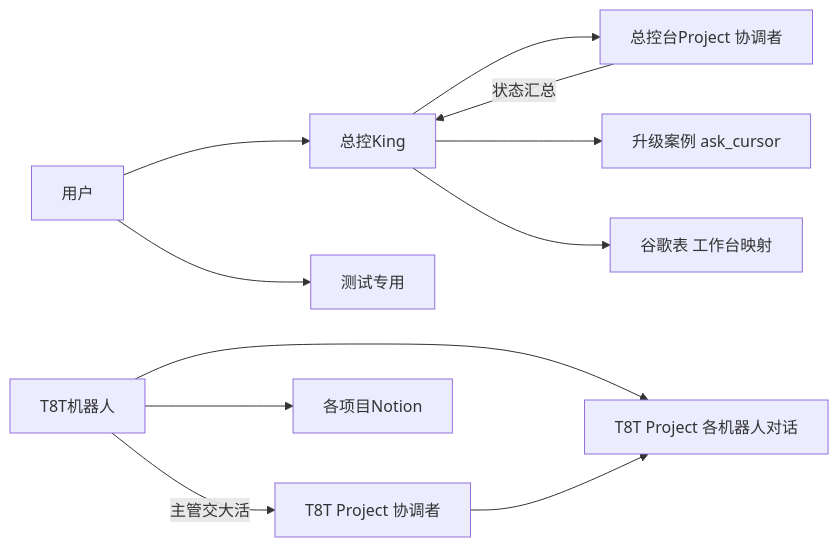
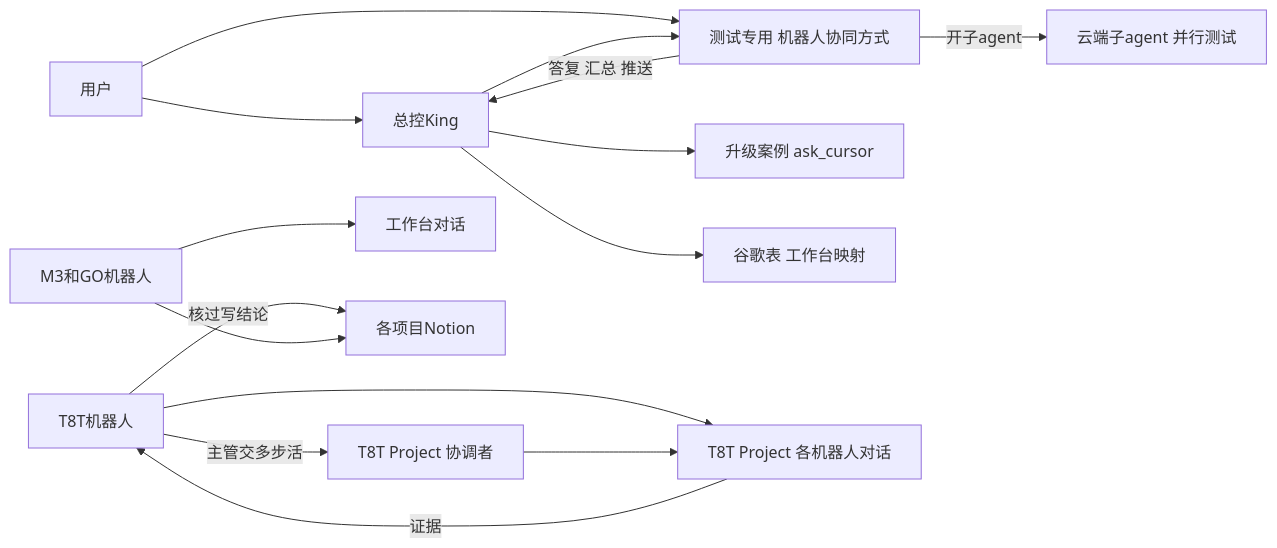
Before and after one commit to bibuat1-stack/qa-agent-team: the diagram in grokbot/CURSOR-COLLAB-PLAN.md, drawn with Mermaid. The commit also changed other lines of this file, not shown here.

````diff
--- a/grokbot/CURSOR-COLLAB-PLAN.md
+++ b/grokbot/CURSOR-COLLAB-PLAN.md
@@ -24,23 +20,29 @@
 ```mermaid
 flowchart LR
   user[用户]
   king[总控King]
-  zkt["总控台Project 协调者"]
+  cssy["测试专用 机器人协同方式"]
+  subs["云端子agent 并行测试"]
   cases["升级案例 ask_cursor"]
-  cssy[测试专用]
+  sheet["谷歌表 工作台映射"]
   t8tBots[T8T机器人]
   t8tChats["T8T Project 各机器人对话"]
   t8tCoord["T8T Project 协调者"]
+  m3go[M3和GO机器人]
+  wb[工作台对话]
   notion[各项目Notion]
-  sheet["谷歌表 工作台映射"]
   user --> king
   user --> cssy
-  king --> zkt
+  king --> cssy
   king --> cases
   king --> sheet
-  zkt -->|"状态汇总"| king
+  cssy -->|"开子agent"| subs
+  cssy -->|"答复 汇总 推送"| king
   t8tBots --> t8tChats
-  t8tBots -->|"主管交大活"| t8tCoord
+  t8tBots -->|"主管交多步活"| t8tCoord
   t8tCoord --> t8tChats
-  t8tBots --> notion
+  t8tChats -->|"证据"| t8tBots
+  t8tBots -->|"核过写结论"| notion
+  m3go --> wb
+  m3go --> notion
 ```
````
